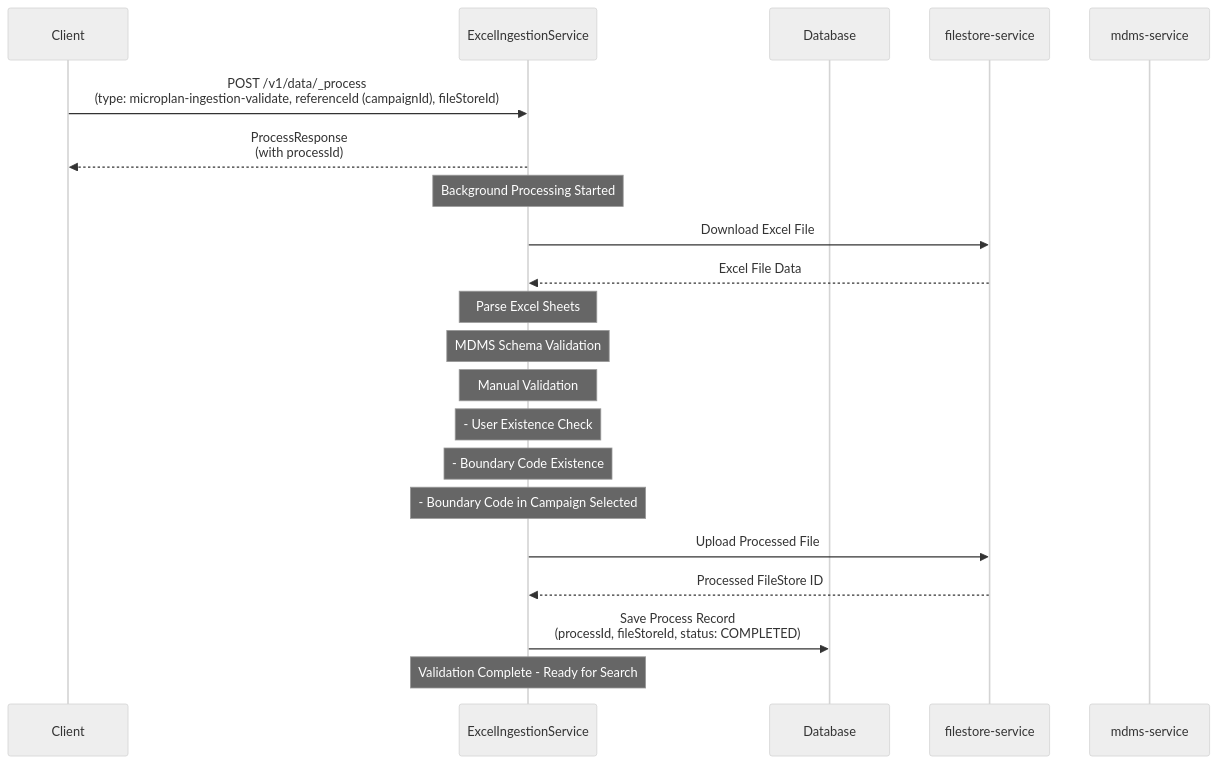
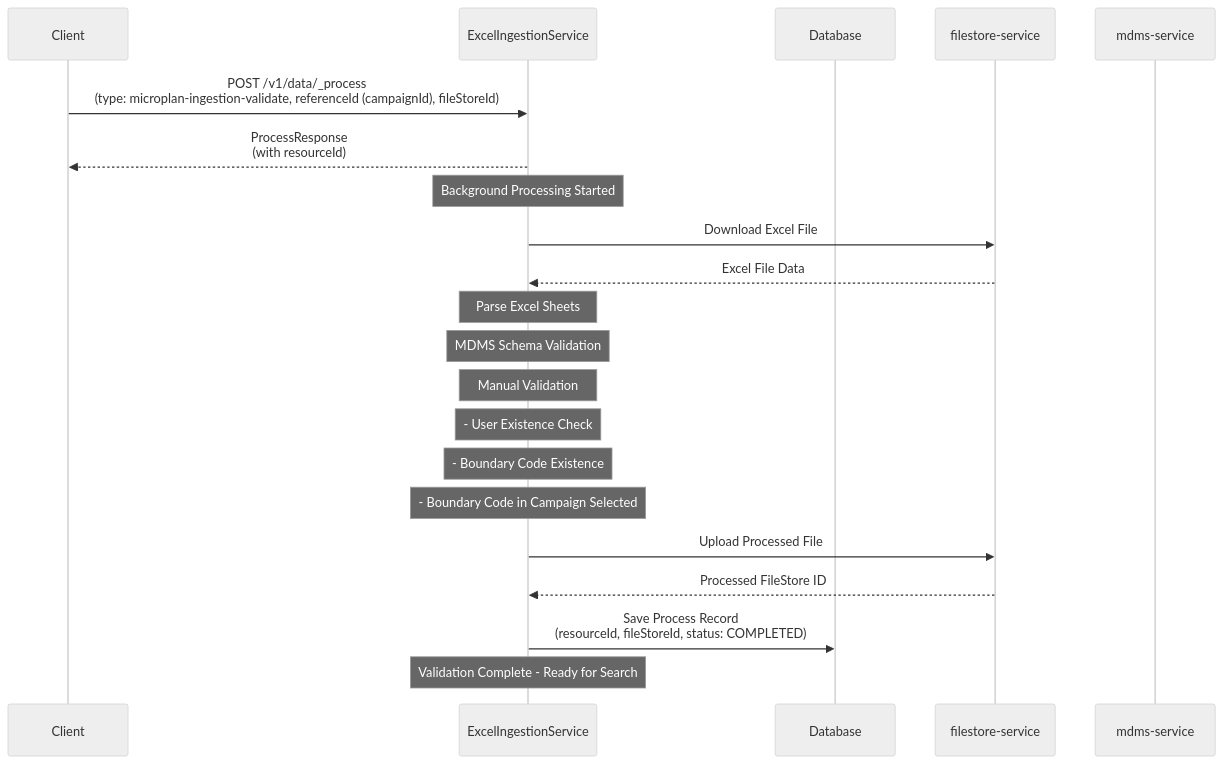
The second of 5 diagrams in tempDesign.md (ashish-egov/campaign-whole-sheet-ingestion), drawn with Mermaid (neutral theme) before and after one commit. The commit also changed other lines of this file, not shown here.

````diff
--- a/tempDesign.md
+++ b/tempDesign.md
@@ -52,31 +52,31 @@
 ```mermaid
 sequenceDiagram
     participant Client
     participant ExcelIngestionService
     participant Database
     participant filestore-service
     participant mdms-service
     
     Client->>ExcelIngestionService: POST /v1/data/_process<br/>(type: microplan-ingestion-validate, referenceId (campaignId), fileStoreId)
     
-    ExcelIngestionService-->>Client: ProcessResponse<br/>(with processId)
+    ExcelIngestionService-->>Client: ProcessResponse<br/>(with resourceId)
     
     Note over ExcelIngestionService: Background Processing Started
     
     ExcelIngestionService->>filestore-service: Download Excel File
     filestore-service-->>ExcelIngestionService: Excel File Data
     
     Note over ExcelIngestionService: Parse Excel Sheets
     Note over ExcelIngestionService: MDMS Schema Validation
     Note over ExcelIngestionService: Manual Validation
     Note over ExcelIngestionService: - User Existence Check
     Note over ExcelIngestionService: - Boundary Code Existence
     Note over ExcelIngestionService: - Boundary Code in Campaign Selected
     
     ExcelIngestionService->>filestore-service: Upload Processed File
     filestore-service-->>ExcelIngestionService: Processed FileStore ID
     
-    ExcelIngestionService->>Database: Save Process Record<br/>(processId, fileStoreId, status: COMPLETED)
+    ExcelIngestionService->>Database: Save Process Record<br/>(resourceId, fileStoreId, status: COMPLETED)
     
     Note over ExcelIngestionService: Validation Complete - Ready for Search
 ```
````
